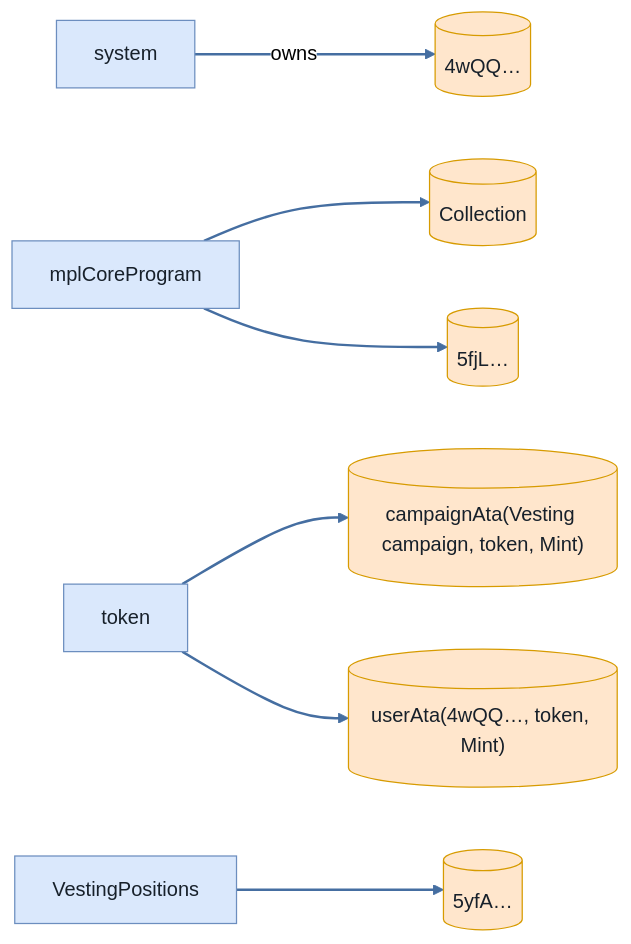
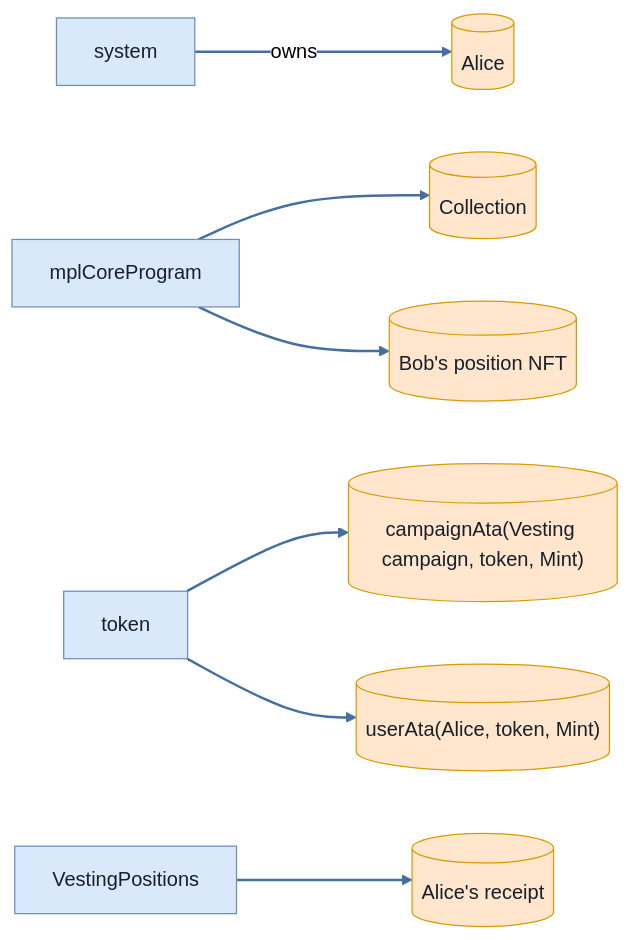
One commit to cds-turbin3/vesting-position changed the ninth of 9 diagrams in babelfish-tests/test-report/scenario_6_not_owner_subsequent_claim_fails.md. Above: the diagram before and after it, drawn with Mermaid (neutral theme). The commit also changed other lines of this file and 104 other files, not shown here.

````diff
--- a/babelfish-tests/test-report/scenario_6_not_owner_subsequent_claim_fails.md
+++ b/babelfish-tests/test-report/scenario_6_not_owner_subsequent_claim_fails.md
@@ -453,23 +453,23 @@
 ```mermaid
 flowchart LR
     system["system"]:::program
-    n4wQQ[("4wQQ…")]:::state
+    Alice[("Alice")]:::state
     mplCoreProgram["mplCoreProgram"]:::program
     Collection[("Collection")]:::state
     token["token"]:::program
     campaignAtaVestingcampaigntokenMint[("campaignAta(Vesting campaign, token, Mint)")]:::state
-    userAta4wQQtokenMint[("userAta(4wQQ…, token, Mint)")]:::state
-    n5fjL[("5fjL…")]:::state
+    userAtaAlicetokenMint[("userAta(Alice, token, Mint)")]:::state
+    BobspositionNFT[("Bob's position NFT")]:::state
     VestingPositions["VestingPositions"]:::program
-    n5yfA[("5yfA…")]:::state
-    system -->|owns| n4wQQ
+    Alicesreceipt[("Alice's receipt")]:::state
+    system -->|owns| Alice
     mplCoreProgram --> Collection
     token --> campaignAtaVestingcampaigntokenMint
-    token --> userAta4wQQtokenMint
-    mplCoreProgram --> n5fjL
-    VestingPositions --> n5yfA
+    token --> userAtaAlicetokenMint
+    mplCoreProgram --> BobspositionNFT
+    VestingPositions --> Alicesreceipt
     classDef program fill:#dae8fc,stroke:#6c8ebf,color:#17202a;
     classDef signer fill:#d5e8d4,stroke:#82b366,color:#17202a;
     classDef state fill:#ffe6cc,stroke:#d79b00,color:#17202a;
     linkStyle 0,1,2,3,4,5 stroke:#456ea1,stroke-width:2px
 ```
````
